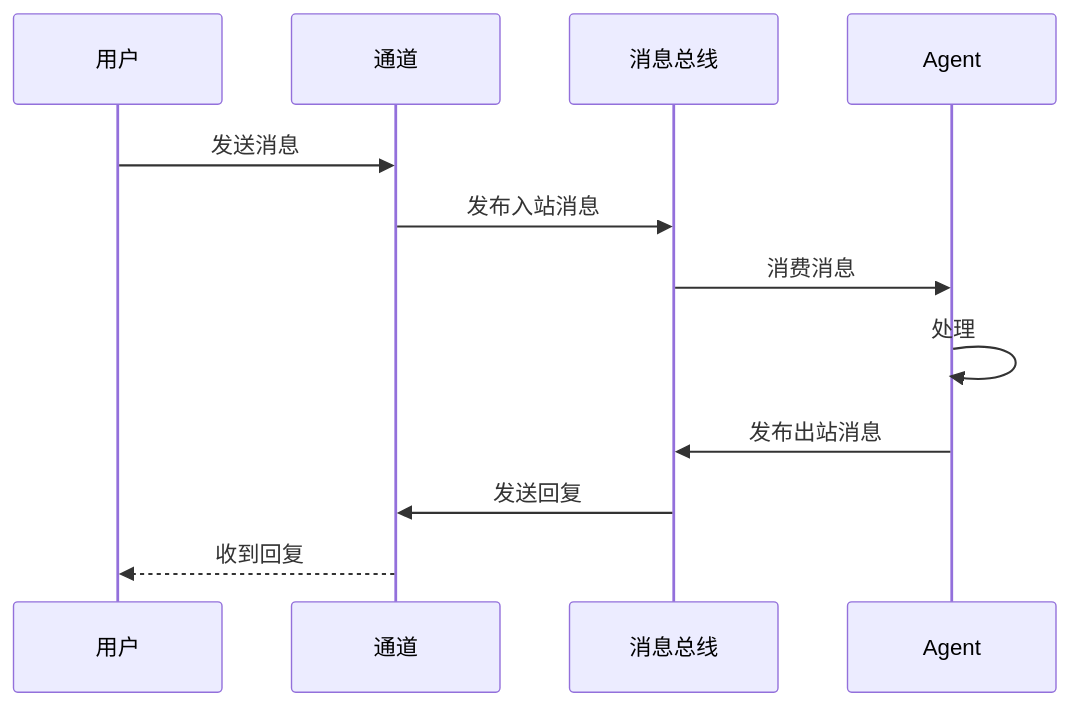
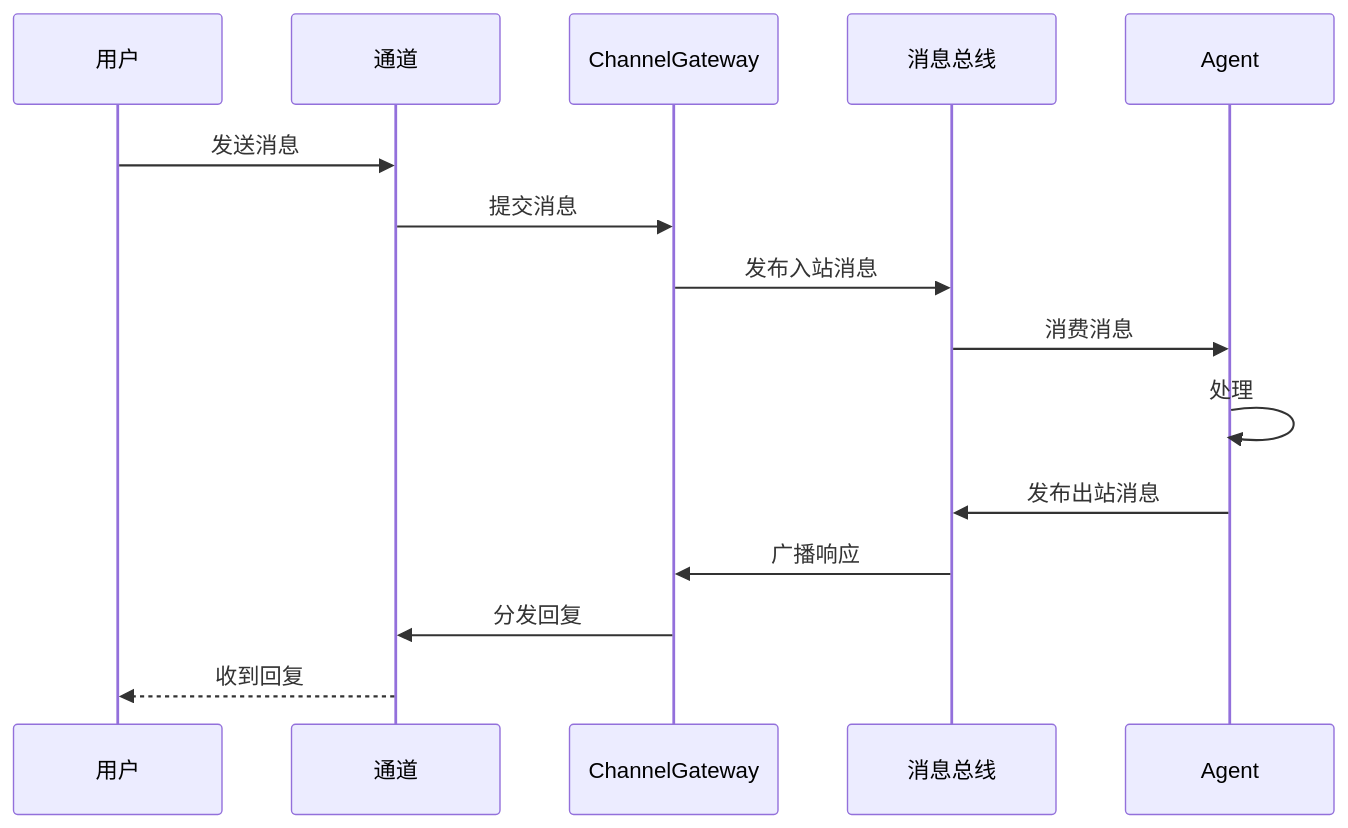
Before and after one commit to jesspig/micro-agent: the first of 5 diagrams in docs/guide/concepts.md, drawn with Mermaid. The commit also changed other lines of this file and 4 other files, not shown here.

First line of the commit message:
docs: 更新 Channel 架构和 Gateway 文档

````diff
--- a/docs/guide/concepts.md
+++ b/docs/guide/concepts.md
@@ -7,15 +7,18 @@
 ```mermaid
 sequenceDiagram
     participant User as 用户
     participant Channel as 通道
+    participant Gateway as ChannelGateway
     participant Bus as 消息总线
     participant Agent as Agent
 
     User->>Channel: 发送消息
-    Channel->>Bus: 发布入站消息
+    Channel->>Gateway: 提交消息
+    Gateway->>Bus: 发布入站消息
     Bus->>Agent: 消费消息
     Agent->>Agent: 处理
     Agent->>Bus: 发布出站消息
-    Bus->>Channel: 发送回复
+    Bus->>Gateway: 广播响应
+    Gateway->>Channel: 分发回复
     Channel-->>User: 收到回复
 ```
````
